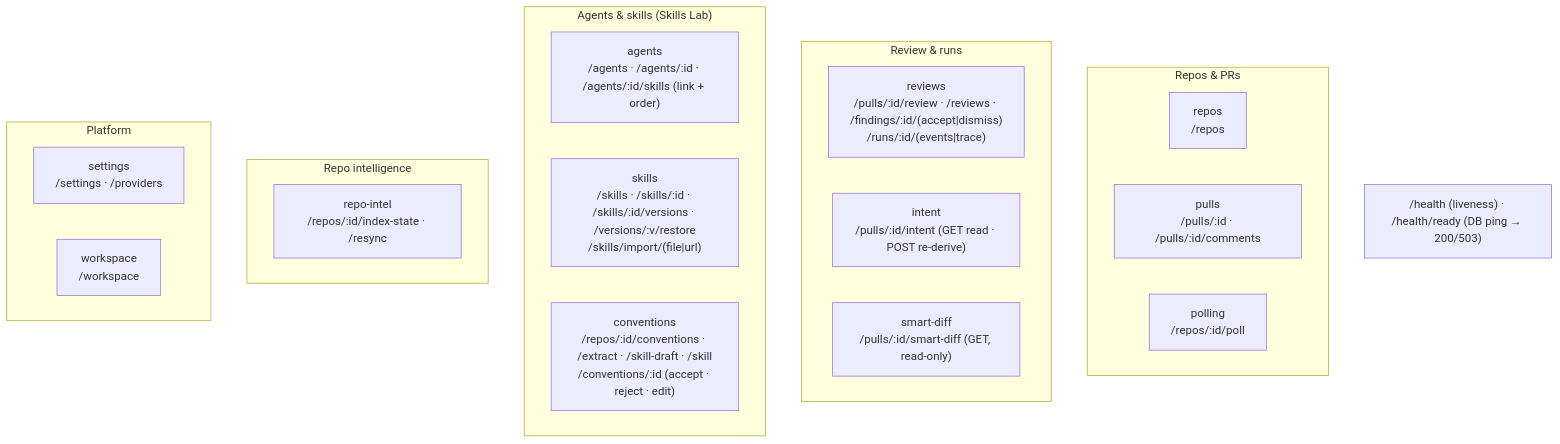
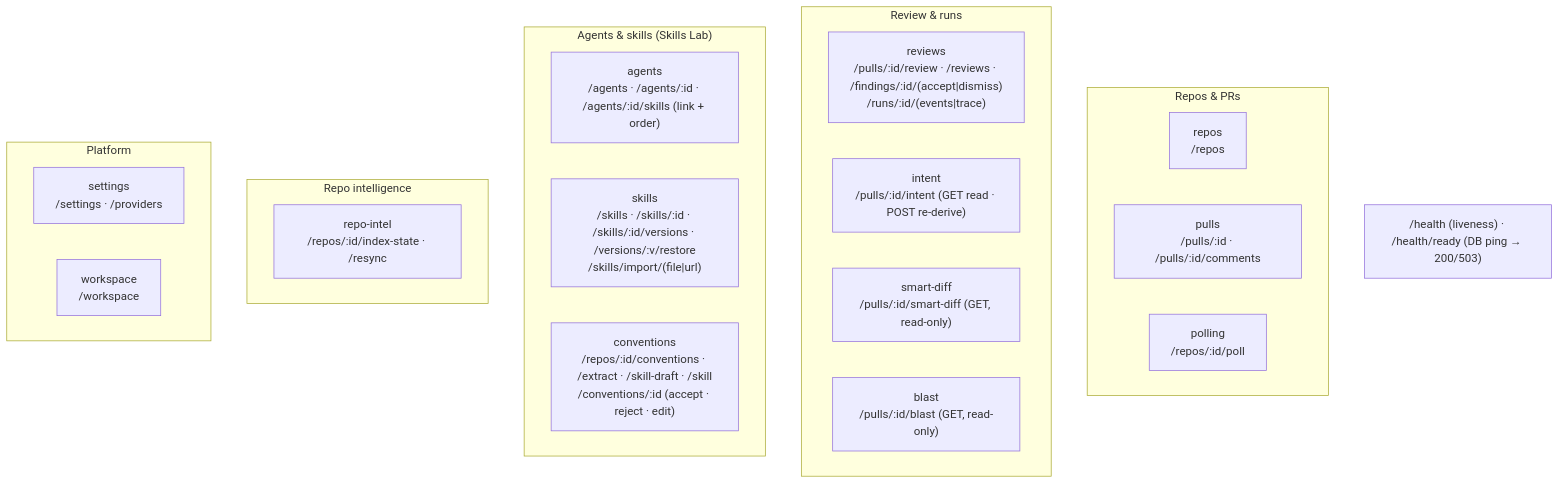
Before and after one commit to yrazub/dev-digest: the second of 2 diagrams in server/README.md, drawn with Mermaid. The commit also changed other lines of this file and 21 other files, not shown here.

````diff
--- a/server/README.md
+++ b/server/README.md
@@ -68,26 +68,27 @@
 ```mermaid
 flowchart TB
   subgraph Repos_PRs["Repos & PRs"]
     repos["repos<br/>/repos"]
     pulls["pulls<br/>/pulls/:id · /pulls/:id/comments"]
     polling["polling<br/>/repos/:id/poll"]
   end
   subgraph Review["Review & runs"]
     reviews["reviews<br/>/pulls/:id/review · /reviews · /findings/:id/(accept|dismiss)<br/>/runs/:id/(events|trace)"]
     intent["intent<br/>/pulls/:id/intent (GET read · POST re-derive)"]
     smartDiff["smart-diff<br/>/pulls/:id/smart-diff (GET, read-only)"]
+    blast["blast<br/>/pulls/:id/blast (GET, read-only)"]
   end
   subgraph Agents["Agents & skills (Skills Lab)"]
     agents["agents<br/>/agents · /agents/:id · /agents/:id/skills (link + order)"]
     skills["skills<br/>/skills · /skills/:id · /skills/:id/versions · /versions/:v/restore<br/>/skills/import/(file|url)"]
     conventions["conventions<br/>/repos/:id/conventions · /extract · /skill-draft · /skill<br/>/conventions/:id (accept · reject · edit)"]
   end
   subgraph Intel["Repo intelligence"]
     repoIntel["repo-intel<br/>/repos/:id/index-state · /resync"]
   end
   subgraph Platform["Platform"]
     settings["settings<br/>/settings · /providers"]
     workspace["workspace<br/>/workspace"]
   end
   HEALTH["/health (liveness) · /health/ready (DB ping → 200/503)"]
 ```
````
